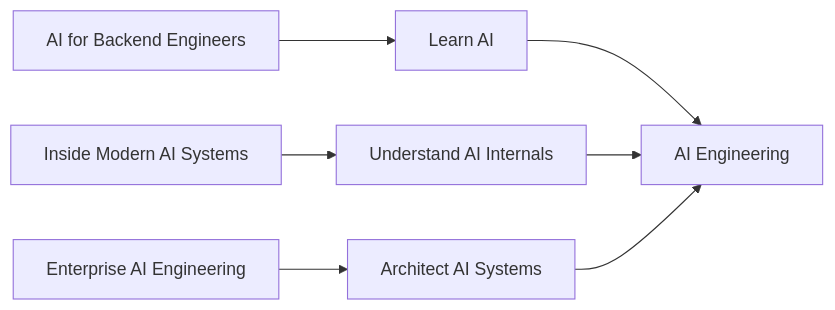
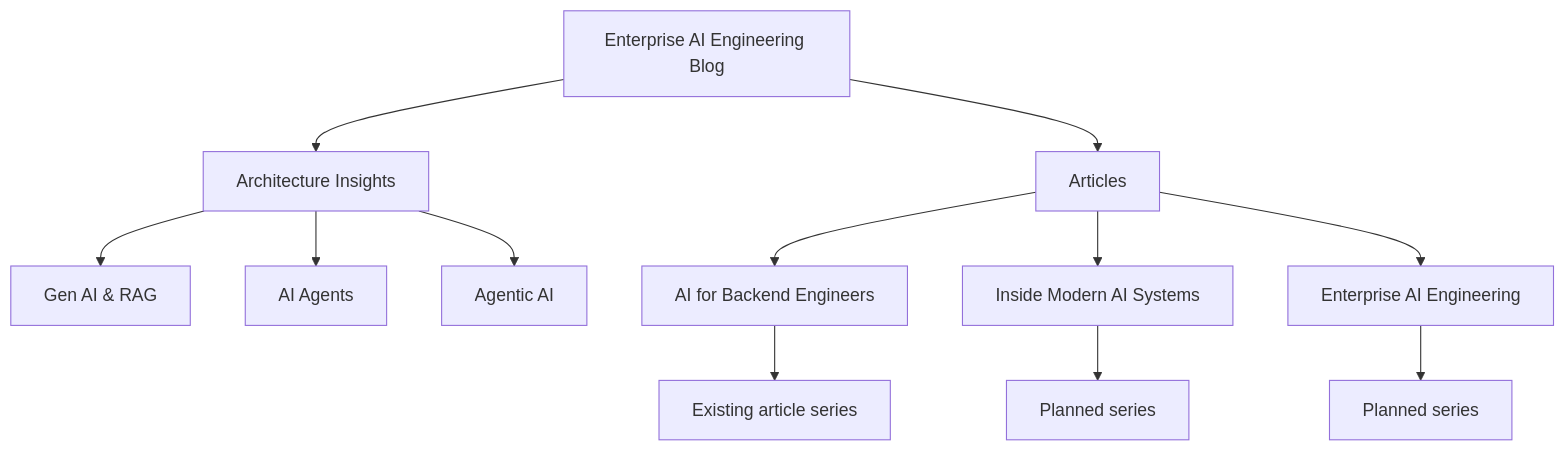
One commit to MihirKJha/enterprise-ai-blog changed the first of 9 diagrams in docs/index.md. Above: the diagram before and after it, drawn with Mermaid. The commit also changed other lines of this file and 3 other files, not shown here.

````diff
--- a/docs/index.md
+++ b/docs/index.md
@@ -36,14 +51,18 @@
 ```mermaid
-flowchart LR
-    A[AI for Backend Engineers]
-    B[Inside Modern AI Systems]
-    C[Enterprise AI Engineering]
+flowchart TB
+    A["Enterprise AI Engineering Blog"]
+    A --> B["Architecture Insights"]
+    A --> C["Articles"]
 
-    A --> A1[Learn AI]
-    B --> B1[Understand AI Internals]
-    C --> C1[Architect AI Systems]
+    B --> B1["Gen AI & RAG"]
+    B --> B2["AI Agents"]
+    B --> B3["Agentic AI"]
 
-    A1 --> D[AI Engineering]
-    B1 --> D
-    C1 --> D
+    C --> C1["AI for Backend Engineers"]
+    C --> C2["Inside Modern AI Systems"]
+    C --> C3["Enterprise AI Engineering"]
+
+    C1 --> D["Existing article series"]
+    C2 --> E["Planned series"]
+    C3 --> F["Planned series"]
 ```
````
